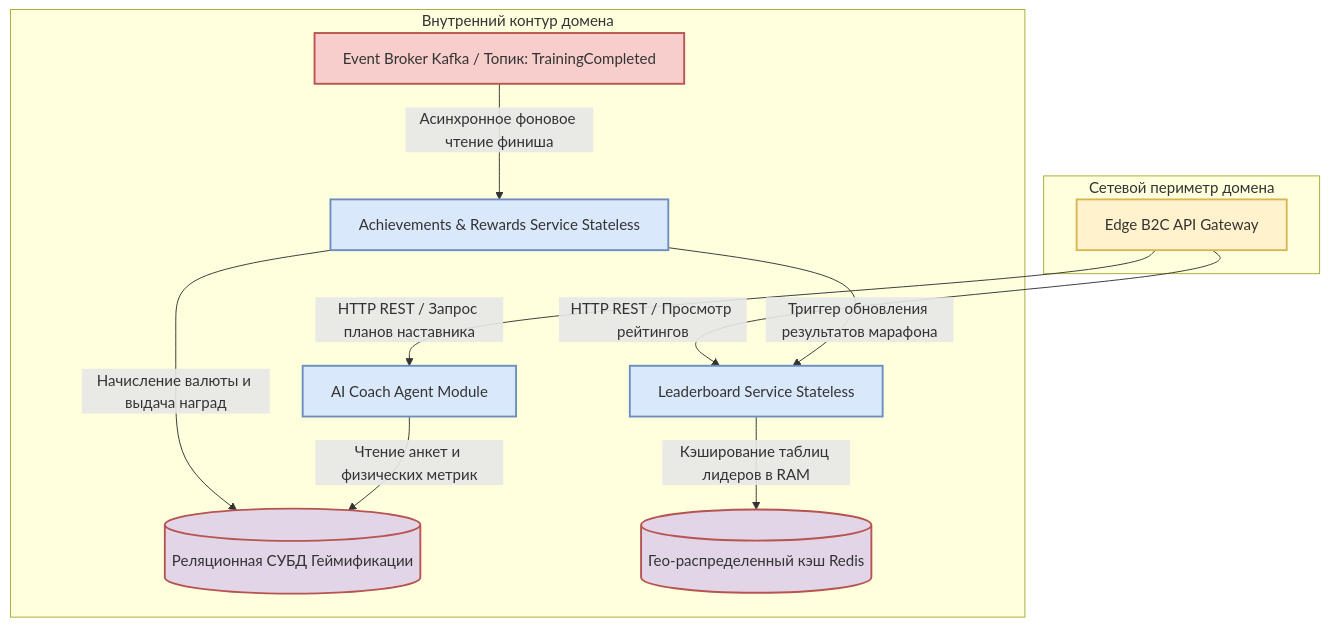
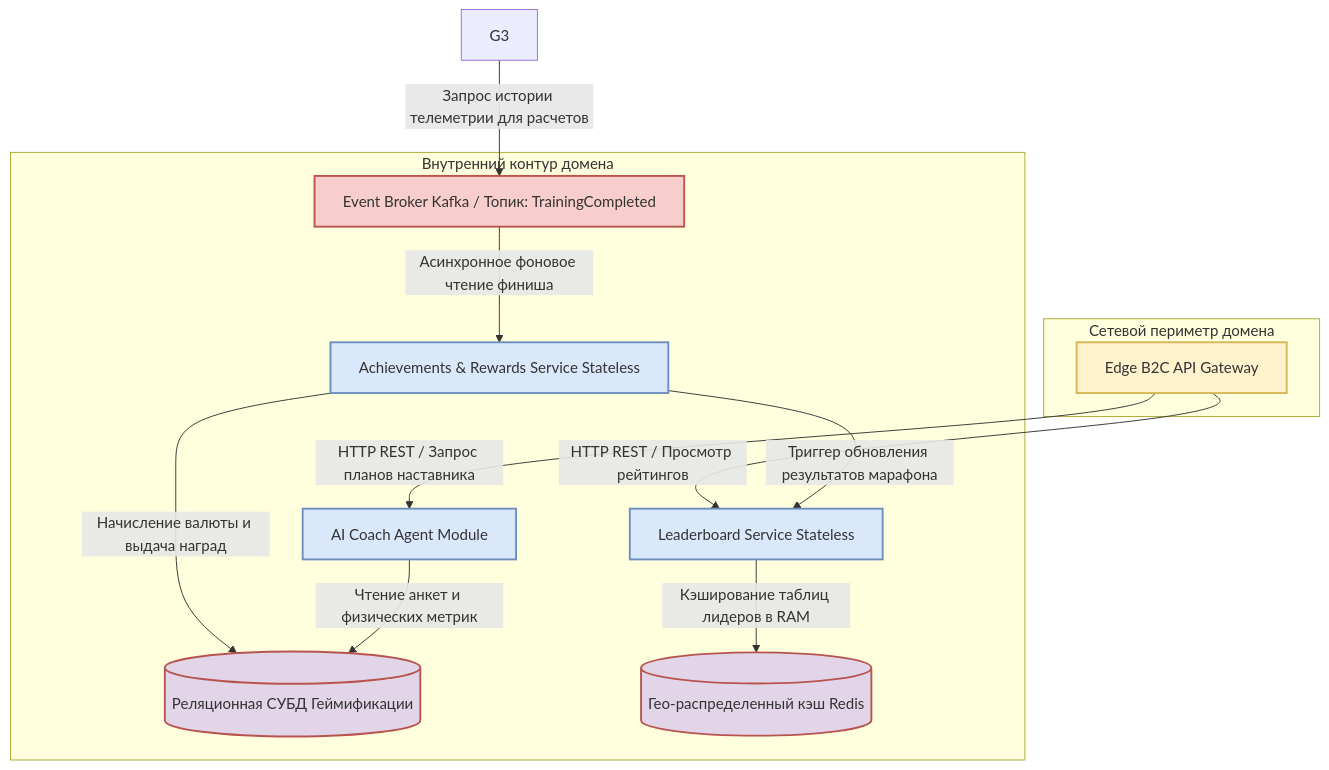
Before and after one commit to Maksim-Burning-Inside/Sports-app-architecture: the third of 5 diagrams in stage-2-planning/13-component-architecture.md, drawn with Mermaid. The commit also changed other lines of this file, not shown here.

````diff
--- a/stage-2-planning/13-component-architecture.md
+++ b/stage-2-planning/13-component-architecture.md
@@ -136,31 +140,34 @@
 ```mermaid
 %%{init: {"flowchart": {"htmlLabels": true, "wrappingWidth": 500}, "themeCSS": ".edgeLabel foreignObject { overflow: visible; !important } .edgeLabel span { white-space: normal; !important; display: block; max-width: 500px; }"}}%%
 graph TD
     %% Описание стилей для красивого отображения
     classDef perimeter fill:#fff2cc,stroke:#d6b656,stroke-width:2px;
     classDef internal fill:#dae8fc,stroke:#6c8ebf,stroke-width:2px;
     classDef db fill:#e1d5e7,stroke:#b85450,stroke-width:2px;
     classDef queue fill:#f8cecc,stroke:#b85450,stroke-width:2px;
 
     subgraph Сетевой периметр домена
         B1[Edge B2C API Gateway]:::perimeter
     end
 
     subgraph Внутренний контур домена
         C1[Leaderboard Service Stateless]:::internal
         C2[Achievements & Rewards Service Stateless]:::internal
         C3[AI Coach Agent Module]:::internal
         D1[Event Broker Kafka / Топик: TrainingCompleted]:::queue
         F1[(Реляционная СУБД Геймификации)]:::db
         F2[(Гео-распределенный кэш Redis)]:::db
     end
 
     %% Взаимодействие компонентов и движение трафика
     B1 -->|HTTP REST / Запрос планов наставника| C3
     B1 -->|HTTP REST / Просмотр рейтингов| C1
     D1 -->|Асинхронное фоновое чтение финиша| C2
     C2 -->|Начисление валюты и выдача наград| F1
     C2 -->|Триггер обновления результатов марафона| C1
     C1 -->|Кэширование таблиц лидеров в RAM| F2
     C3 -->|Чтение анкет и физических метрик| F1
+
+    %% Междоменное чтение исторических логов для ИИ-агента
+    G3 -->|Запрос истории телеметрии для расчетов| D1
 ```
````
